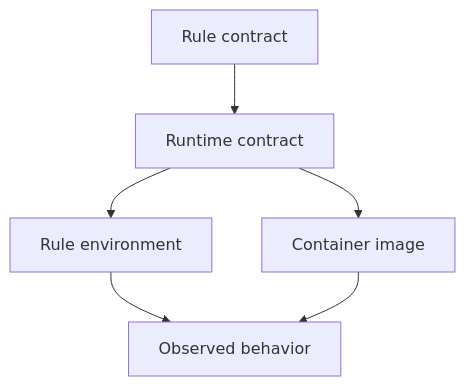
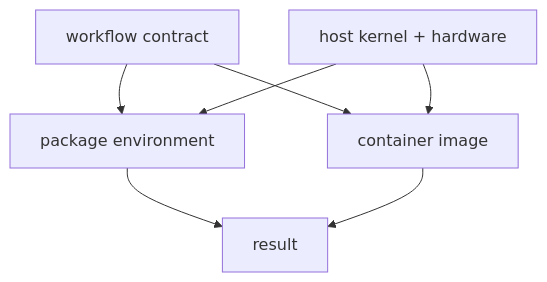
One commit to bijux/bijux-masterclass changed the second of 2 diagrams in programs/reproducible-research/deep-dive-snakemake/course-book/module-05-software-boundaries-reproducible-rules/environments-containers-and-runtime-contracts.md. Above: the diagram before and after it, drawn with Mermaid. The commit also changed other lines of this file, not shown here.

Commit message:
docs(snakemake): distinguish runtime declarations from identities

````diff
--- a/programs/reproducible-research/deep-dive-snakemake/course-book/module-05-software-boundaries-reproducible-rules/environments-containers-and-runtime-contracts.md
+++ b/programs/reproducible-research/deep-dive-snakemake/course-book/module-05-software-boundaries-reproducible-rules/environments-containers-and-runtime-contracts.md
@@ -143,8 +123,13 @@
 ```mermaid
 flowchart TD
-  rule["Rule contract"] --> runtime["Runtime contract"]
-  runtime --> env["Rule environment"]
-  runtime --> container["Container image"]
-  env --> behavior["Observed behavior"]
-  container --> behavior
+  workflow["workflow contract"]
+  env["package environment"]
+  image["container image"]
+  host["host kernel + hardware"]
+  result["result"]
+
+  workflow --> env --> result
+  workflow --> image --> result
+  host --> env
+  host --> image
 ```
````
